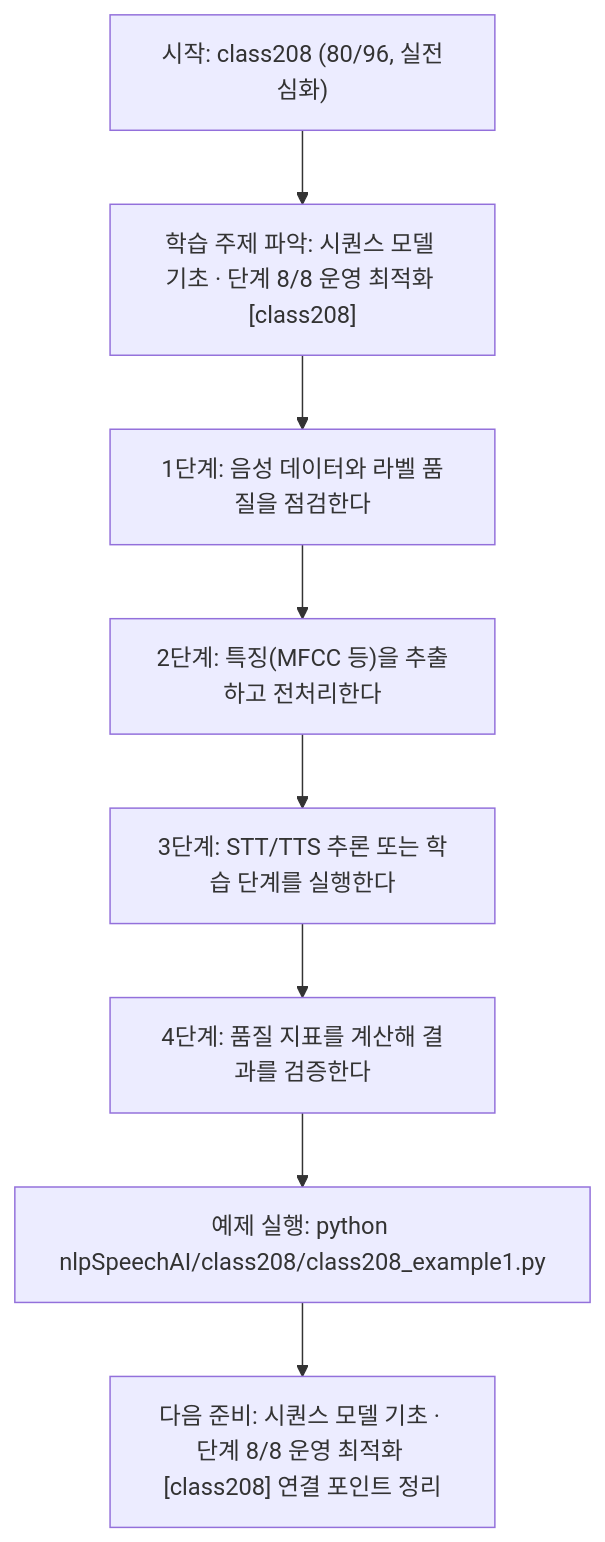
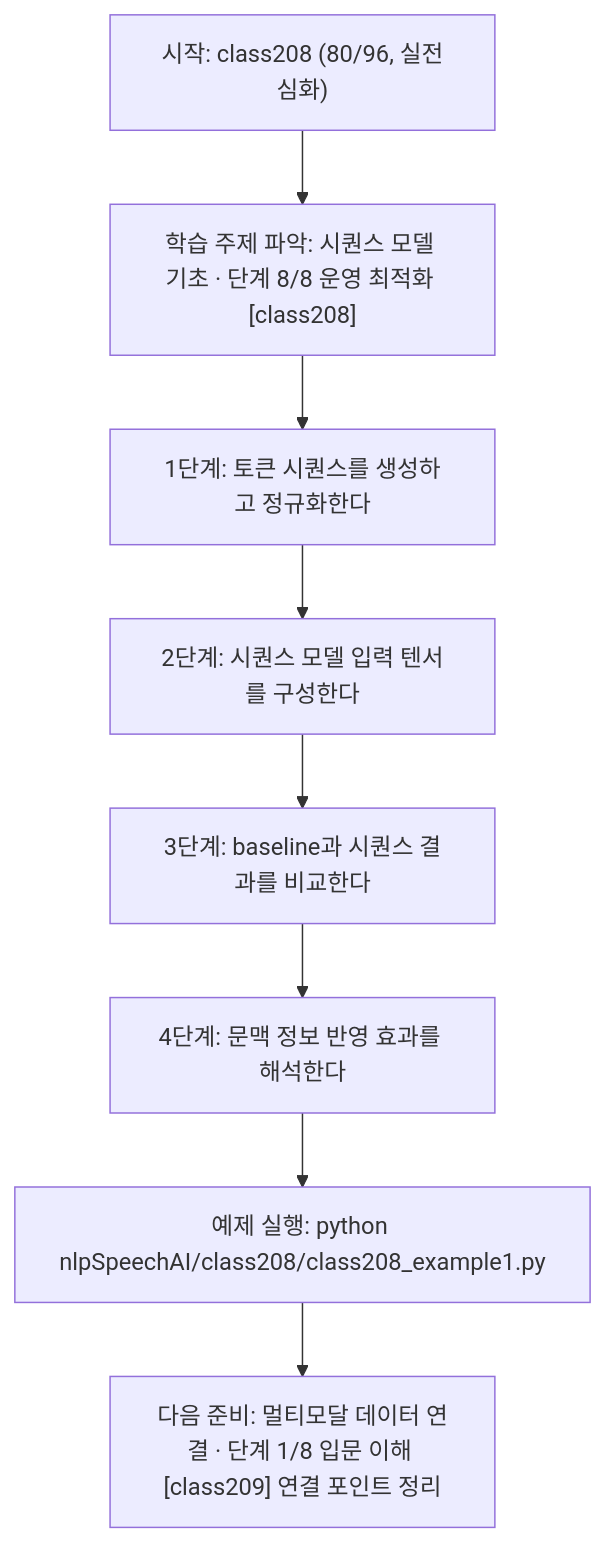
One commit to edumgt/Python-AI_Agent-Class changed the diagram in nlpSpeechAI/class208/class208.md. Above: the diagram before and after it, drawn with Mermaid. The commit also changed other lines of this file and 1122 other files, not shown here.

````diff
--- a/nlpSpeechAI/class208/class208.md
+++ b/nlpSpeechAI/class208/class208.md
@@ -114,18 +95,18 @@
 ```mermaid
 flowchart TD
 N1["시작: class208 (80/96, 실전심화)"]
 N2["학습 주제 파악: 시퀀스 모델 기초 · 단계 8/8 운영 최적화 [class208]"]
-N3["1단계: 음성 데이터와 라벨 품질을 점검한다"]
-N4["2단계: 특징(MFCC 등)을 추출하고 전처리한다"]
-N5["3단계: STT/TTS 추론 또는 학습 단계를 실행한다"]
-N6["4단계: 품질 지표를 계산해 결과를 검증한다"]
+N3["1단계: 토큰 시퀀스를 생성하고 정규화한다"]
+N4["2단계: 시퀀스 모델 입력 텐서를 구성한다"]
+N5["3단계: baseline과 시퀀스 결과를 비교한다"]
+N6["4단계: 문맥 정보 반영 효과를 해석한다"]
 N7["예제 실행: python nlpSpeechAI/class208/class208_example1.py"]
-N8["다음 준비: 시퀀스 모델 기초 · 단계 8/8 운영 최적화 [class208] 연결 포인트 정리"]
+N8["다음 준비: 멀티모달 데이터 연결 · 단계 1/8 입문 이해 [class209] 연결 포인트 정리"]
 N1 --> N2
 N2 --> N3
 N3 --> N4
 N4 --> N5
 N5 --> N6
 N6 --> N7
 N7 --> N8
 ```
````
